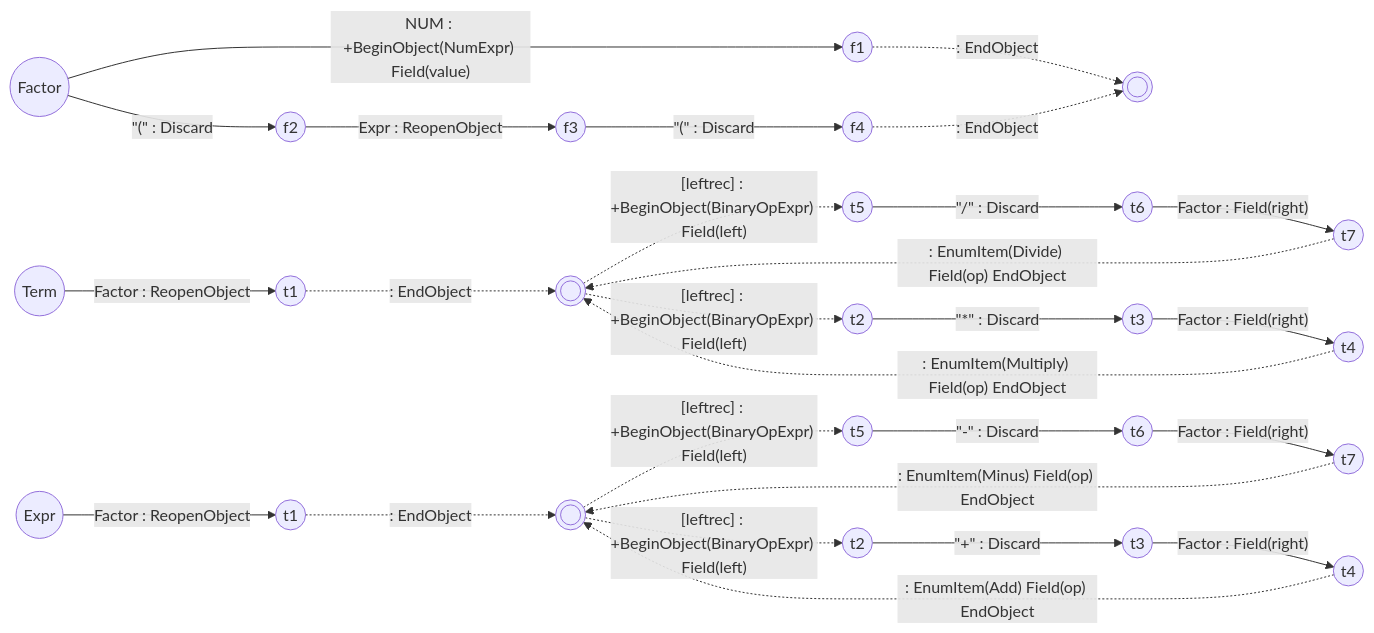
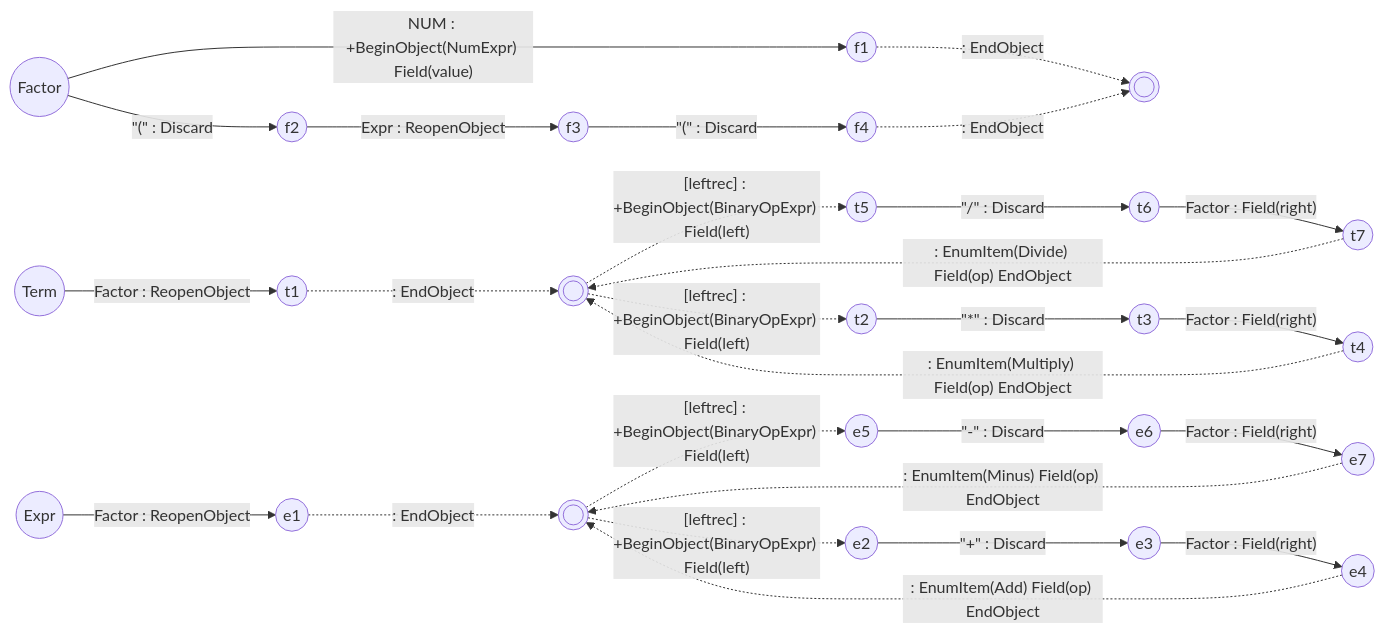
One commit to vczh-websites/vczh changed the ninth of 9 diagrams in Blog/GLR-Refactoring/Mermaid.md. Above: the diagram before and after it, drawn with Mermaid.

````diff
--- a/Blog/GLR-Refactoring/Mermaid.md
+++ b/Blog/GLR-Refactoring/Mermaid.md
@@ -107,31 +107,31 @@
 ```mermaid
 graph LR
   fS((Factor))-- NUM : +BeginObject(NumExpr) Field(value) --> f1
   f1((f1))-. : EndObject .->fE((( )))
   fS-- #quot;(#quot; : Discard --> f2
   f2((f2))-- Expr : ReopenObject --> f3
   f3((f3))-- #quot;(#quot; : Discard -->f4
   f4((f4))-. : EndObject .->fE
 
   tS((Term))-- Factor : ReopenObject --> t1
   t1((t1))-. : EndObject .->tE((( )))
   t2((t2))-- #quot;*#quot; : Discard -->t3
   t3((t3))-- Factor : Field(right) --> t4
   t4((t4))-. : EnumItem(Multiply) Field(op) EndObject .->tE
   tE-. [leftrec] : +BeginObject(BinaryOpExpr) Field(left) .->t5
   t5((t5))-- #quot;/#quot; : Discard -->t6
   t6((t6))-- Factor : Field(right) --> t7
   t7((t7))-. : EnumItem(Divide) Field(op) EndObject .->tE
   tE-. [leftrec] : +BeginObject(BinaryOpExpr) Field(left) .->t2
 
   eS((Expr))-- Factor : ReopenObject --> e1
-  e1((t1))-. : EndObject .->eE((( )))
-  e2((t2))-- #quot;+#quot; : Discard -->e3
-  e3((t3))-- Factor : Field(right) --> e4
-  e4((t4))-. : EnumItem(Add) Field(op) EndObject .->eE
+  e1((e1))-. : EndObject .->eE((( )))
+  e2((e2))-- #quot;+#quot; : Discard -->e3
+  e3((e3))-- Factor : Field(right) --> e4
+  e4((e4))-. : EnumItem(Add) Field(op) EndObject .->eE
   eE-. [leftrec] : +BeginObject(BinaryOpExpr) Field(left) .->e5
-  e5((t5))-- #quot;-#quot; : Discard -->e6
-  e6((t6))-- Factor : Field(right) --> e7
-  e7((t7))-. : EnumItem(Minus) Field(op) EndObject .->eE
+  e5((e5))-- #quot;-#quot; : Discard -->e6
+  e6((e6))-- Factor : Field(right) --> e7
+  e7((e7))-. : EnumItem(Minus) Field(op) EndObject .->eE
   eE-. [leftrec] : +BeginObject(BinaryOpExpr) Field(left) .->e2
 ```
````
